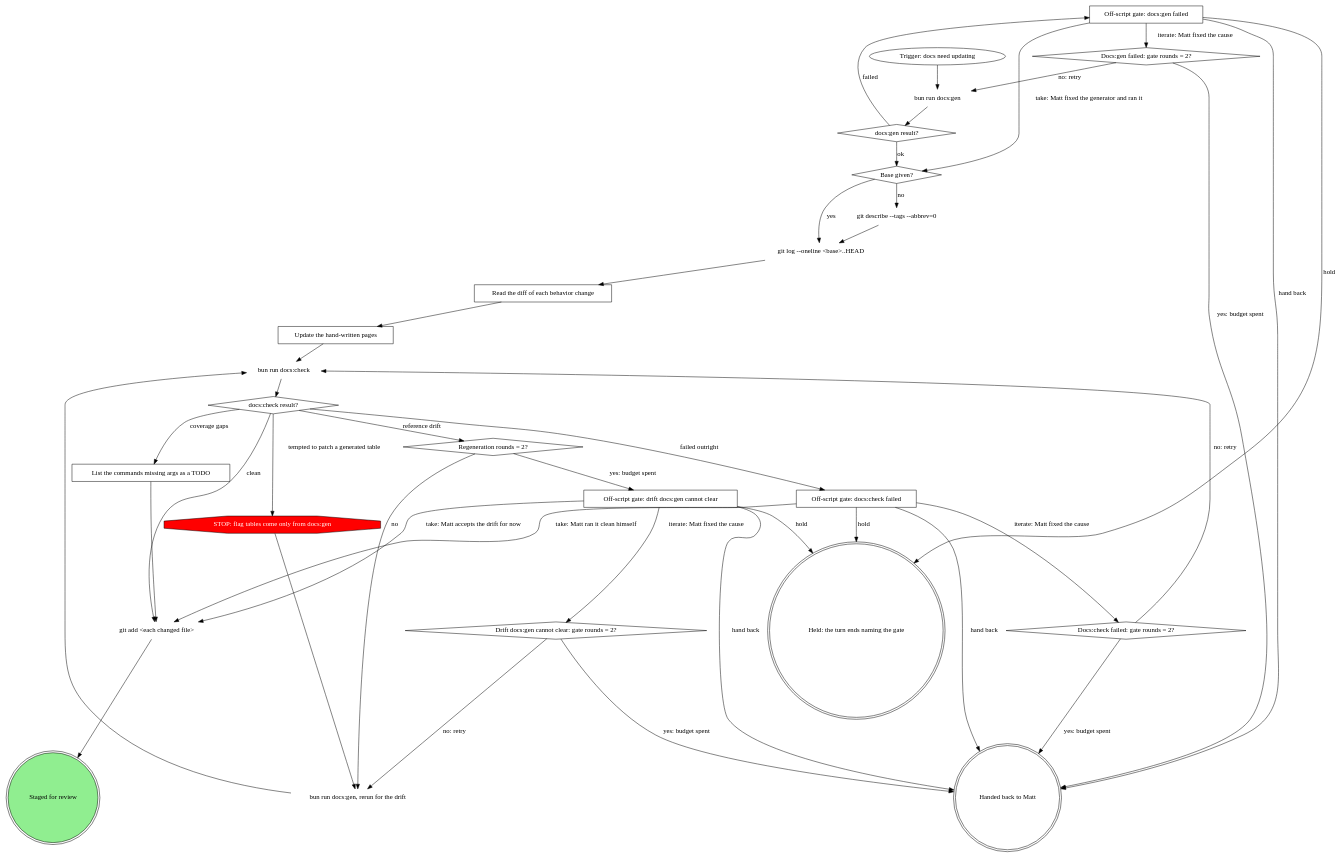
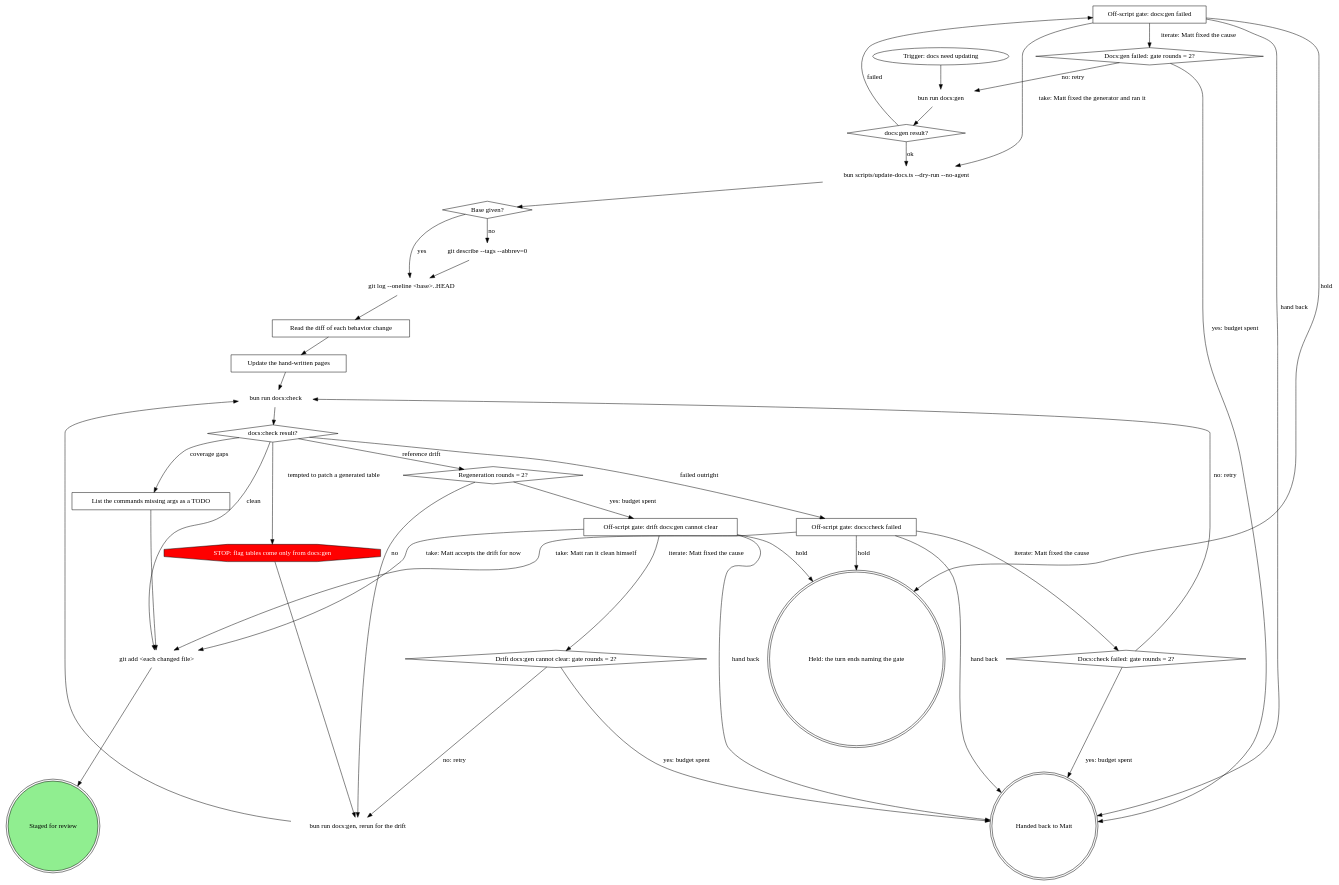
The diagram in skills/rt-docs/SKILL.md (m4ttstack/mattstack), drawn with Graphviz before and after one commit. The commit also changed other lines of this file and 4 other files, not shown here.

````diff
--- a/skills/rt-docs/SKILL.md
+++ b/skills/rt-docs/SKILL.md
@@ -22,71 +23,73 @@
 ```dot
 digraph rt_docs {
     rankdir=TB;
 
     "Held: the turn ends naming the gate" [shape=doublecircle];
     "Handed back to Matt" [shape=doublecircle];
     "Staged for review" [shape=doublecircle style=filled fillcolor=lightgreen];
     "Trigger: docs need updating" [shape=ellipse];
     "bun run docs:gen" [shape=plaintext];
     "docs:gen result?" [shape=diamond];
+    "bun scripts/update-docs.ts --dry-run --no-agent" [shape=plaintext];
     "Base given?" [shape=diamond];
     "git describe --tags --abbrev=0" [shape=plaintext];
     "git log --oneline <base>..HEAD" [shape=plaintext];
     "Read the diff of each behavior change" [shape=box];
     "Update the hand-written pages" [shape=box];
     "bun run docs:check" [shape=plaintext];
     "docs:check result?" [shape=diamond];
     "List the commands missing args as a TODO" [shape=box];
     "Regeneration rounds = 2?" [shape=diamond];
     "bun run docs:gen, rerun for the drift" [shape=plaintext];
     "STOP: flag tables come only from docs:gen" [shape=octagon style=filled fillcolor=red fontcolor=white];
     "git add <each changed file>" [shape=plaintext];
     "Off-script gate: docs:gen failed" [shape=box];
     "Docs:gen failed: gate rounds = 2?" [shape=diamond];
     "Off-script gate: drift docs:gen cannot clear" [shape=box];
     "Drift docs:gen cannot clear: gate rounds = 2?" [shape=diamond];
     "Off-script gate: docs:check failed" [shape=box];
     "Docs:check failed: gate rounds = 2?" [shape=diamond];
 
     "Trigger: docs need updating" -> "bun run docs:gen";
     "bun run docs:gen" -> "docs:gen result?";
-    "docs:gen result?" -> "Base given?" [label="ok"];
-    "Off-script gate: docs:gen failed" -> "Base given?" [label="take: Matt fixed the generator and ran it"];
+    "docs:gen result?" -> "bun scripts/update-docs.ts --dry-run --no-agent" [label="ok"];
+    "bun scripts/update-docs.ts --dry-run --no-agent" -> "Base given?";
+    "Off-script gate: docs:gen failed" -> "bun scripts/update-docs.ts --dry-run --no-agent" [label="take: Matt fixed the generator and ran it"];
     "Off-script gate: docs:gen failed" -> "Docs:gen failed: gate rounds = 2?" [label="iterate: Matt fixed the cause"];
     "Off-script gate: docs:gen failed" -> "Held: the turn ends naming the gate" [label="hold"];
     "Off-script gate: docs:gen failed" -> "Handed back to Matt" [label="hand back"];
     "Docs:gen failed: gate rounds = 2?" -> "bun run docs:gen" [label="no: retry"];
     "Docs:gen failed: gate rounds = 2?" -> "Handed back to Matt" [label="yes: budget spent"];
     "docs:gen result?" -> "Off-script gate: docs:gen failed" [label="failed"];
     "Base given?" -> "git log --oneline <base>..HEAD" [label="yes"];
     "Base given?" -> "git describe --tags --abbrev=0" [label="no"];
     "git describe --tags --abbrev=0" -> "git log --oneline <base>..HEAD";
     "git log --oneline <base>..HEAD" -> "Read the diff of each behavior change";
     "Read the diff of each behavior change" -> "Update the hand-written pages";
     "Update the hand-written pages" -> "bun run docs:check";
     "bun run docs:check" -> "docs:check result?";
     "bun run docs:gen, rerun for the drift" -> "bun run docs:check";
     "docs:check result?" -> "git add <each changed file>" [label="clean"];
     "docs:check result?" -> "List the commands missing args as a TODO" [label="coverage gaps"];
     "List the commands missing args as a TODO" -> "git add <each changed file>";
     "docs:check result?" -> "Regeneration rounds = 2?" [label="reference drift"];
     "Regeneration rounds = 2?" -> "bun run docs:gen, rerun for the drift" [label="no"];
     "Off-script gate: drift docs:gen cannot clear" -> "git add <each changed file>" [label="take: Matt accepts the drift for now"];
     "Off-script gate: drift docs:gen cannot clear" -> "Drift docs:gen cannot clear: gate rounds = 2?" [label="iterate: Matt fixed the cause"];
     "Off-script gate: drift docs:gen cannot clear" -> "Held: the turn ends naming the gate" [label="hold"];
     "Off-script gate: drift docs:gen cannot clear" -> "Handed back to Matt" [label="hand back"];
     "Drift docs:gen cannot clear: gate rounds = 2?" -> "bun run docs:gen, rerun for the drift" [label="no: retry"];
     "Drift docs:gen cannot clear: gate rounds = 2?" -> "Handed back to Matt" [label="yes: budget spent"];
     "Regeneration rounds = 2?" -> "Off-script gate: drift docs:gen cannot clear" [label="yes: budget spent"];
     "Off-script gate: docs:check failed" -> "git add <each changed file>" [label="take: Matt ran it clean himself"];
     "Off-script gate: docs:check failed" -> "Docs:check failed: gate rounds = 2?" [label="iterate: Matt fixed the cause"];
     "Off-script gate: docs:check failed" -> "Held: the turn ends naming the gate" [label="hold"];
     "Off-script gate: docs:check failed" -> "Handed back to Matt" [label="hand back"];
     "Docs:check failed: gate rounds = 2?" -> "bun run docs:check" [label="no: retry"];
     "Docs:check failed: gate rounds = 2?" -> "Handed back to Matt" [label="yes: budget spent"];
     "docs:check result?" -> "Off-script gate: docs:check failed" [label="failed outright"];
     "docs:check result?" -> "STOP: flag tables come only from docs:gen" [label="tempted to patch a generated table"];
     "STOP: flag tables come only from docs:gen" -> "bun run docs:gen, rerun for the drift";
     "git add <each changed file>" -> "Staged for review";
 }
 ```
````
